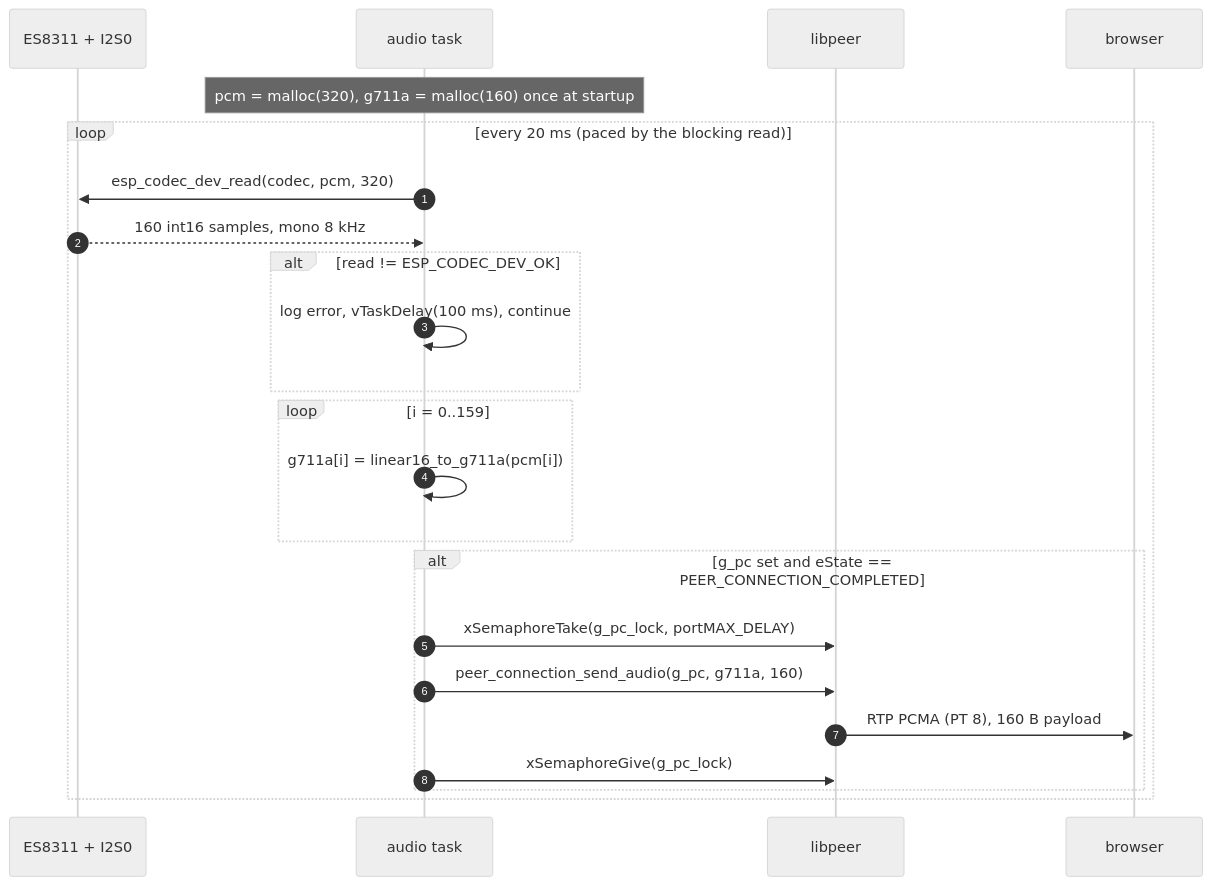
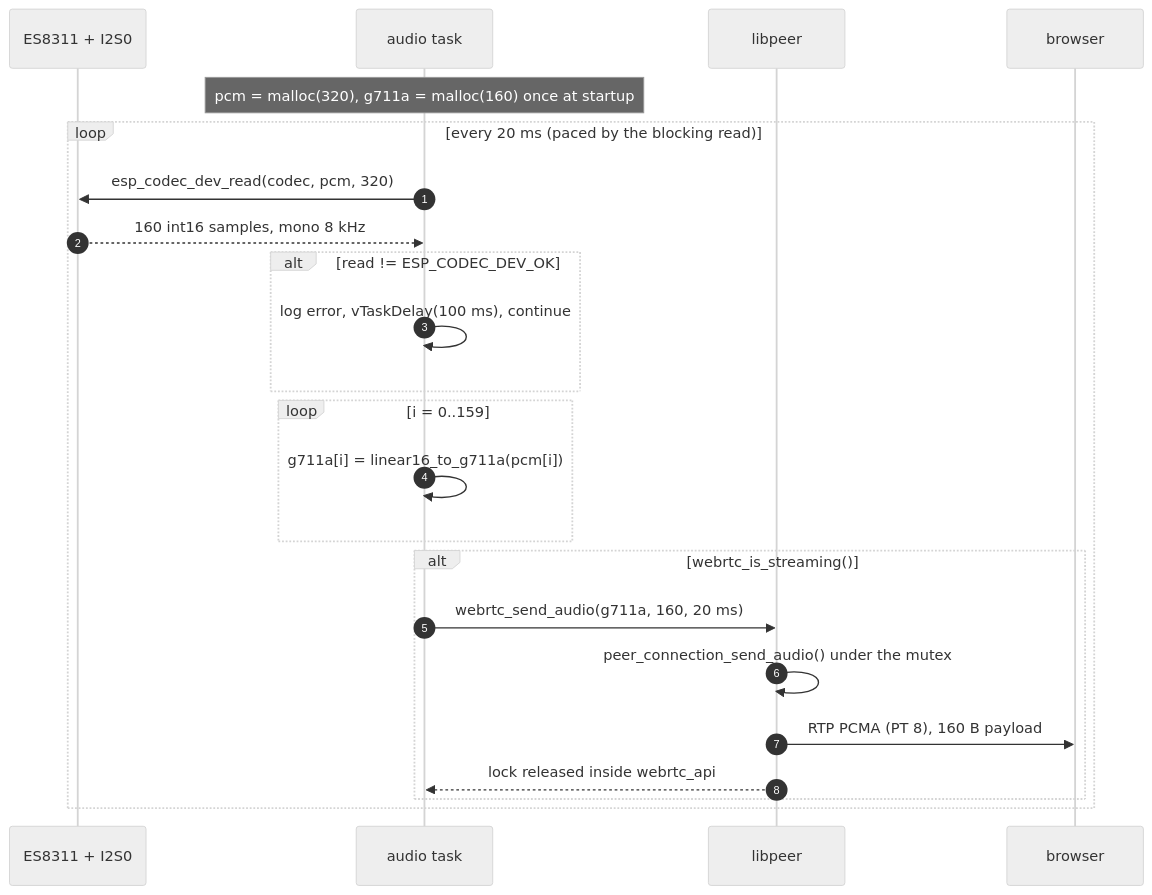
The fifth of 7 diagrams in DATAFLOW.md (thanhbinh89/esp32-ipc), drawn with Mermaid (neutral theme) before and after one commit. The commit also changed other lines of this file and 45 other files, not shown here.

````diff
--- a/DATAFLOW.md
+++ b/DATAFLOW.md
@@ -300,27 +301,27 @@
 ```mermaid
 sequenceDiagram
     autonumber
     participant ES as ES8311 + I2S0
     participant AU as audio task
     participant LP as libpeer
     participant BR as browser
 
     Note over AU: pcm = malloc(320), g711a = malloc(160) once at startup
 
     loop every 20 ms (paced by the blocking read)
         AU->>ES: esp_codec_dev_read(codec, pcm, 320)
         ES-->>AU: 160 int16 samples, mono 8 kHz
         alt read != ESP_CODEC_DEV_OK
             AU->>AU: log error, vTaskDelay(100 ms), continue
         end
         loop i = 0..159
             AU->>AU: g711a[i] = linear16_to_g711a(pcm[i])
         end
-        alt g_pc set and eState == PEER_CONNECTION_COMPLETED
-            AU->>LP: xSemaphoreTake(g_pc_lock, portMAX_DELAY)
-            AU->>LP: peer_connection_send_audio(g_pc, g711a, 160)
+        alt webrtc_is_streaming()
+            AU->>LP: webrtc_send_audio(g711a, 160, 20 ms)
+            LP->>LP: peer_connection_send_audio() under the mutex
             LP->>BR: RTP PCMA (PT 8), 160 B payload
-            AU->>LP: xSemaphoreGive(g_pc_lock)
+            LP-->>AU: lock released inside webrtc_api
         end
     end
 ```
````
